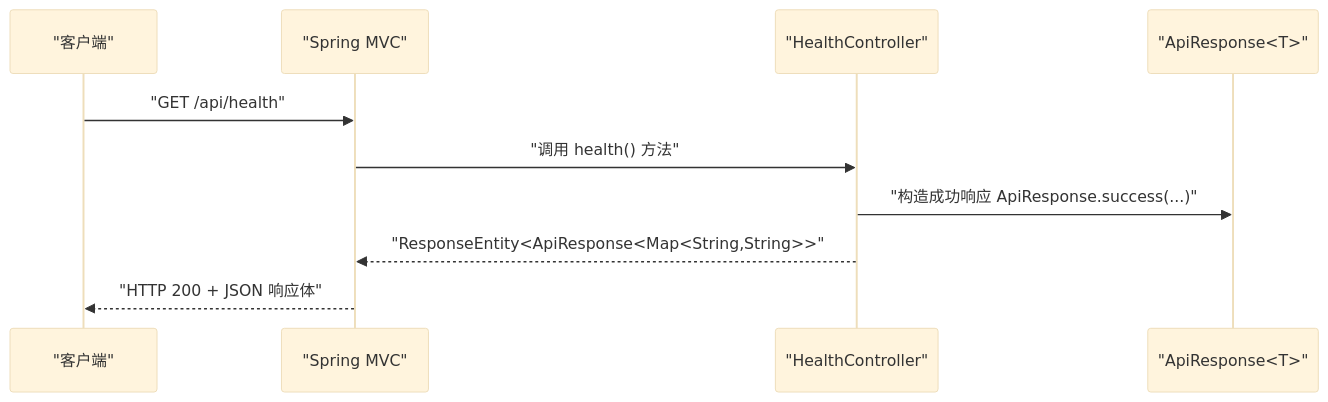
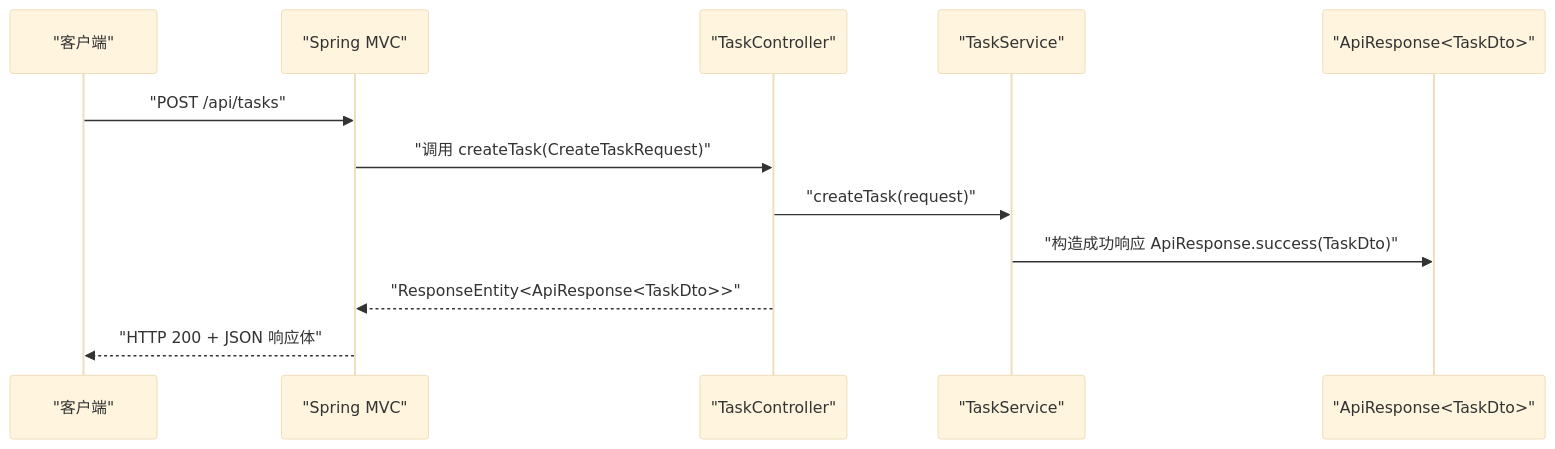
One commit to zhou9832/test1-qoder changed the second of 6 diagrams in .qoder/repowiki/zh/content/后端架构/数据传输对象.md. Above: the diagram before and after it, drawn with Mermaid (base theme). The commit also changed other lines of this file and 92 other files, not shown here.

````diff
--- a/.qoder/repowiki/zh/content/后端架构/数据传输对象.md
+++ b/.qoder/repowiki/zh/content/后端架构/数据传输对象.md
@@ -63,12 +99,14 @@
 ```mermaid
 sequenceDiagram
 participant Client as "客户端"
 participant MVC as "Spring MVC"
-participant Ctrl as "HealthController"
-participant Resp as "ApiResponse<T>"
-Client->>MVC : "GET /api/health"
-MVC->>Ctrl : "调用 health() 方法"
-Ctrl->>Resp : "构造成功响应 ApiResponse.success(...)"
-Ctrl-->>MVC : "ResponseEntity<ApiResponse<Map<String,String>>"
+participant Ctrl as "TaskController"
+participant Svc as "TaskService"
+participant Resp as "ApiResponse<TaskDto>"
+Client->>MVC : "POST /api/tasks"
+MVC->>Ctrl : "调用 createTask(CreateTaskRequest)"
+Ctrl->>Svc : "createTask(request)"
+Svc->>Resp : "构造成功响应 ApiResponse.success(TaskDto)"
+Ctrl-->>MVC : "ResponseEntity<ApiResponse<TaskDto>>"
 MVC-->>Client : "HTTP 200 + JSON 响应体"
 ```
````
